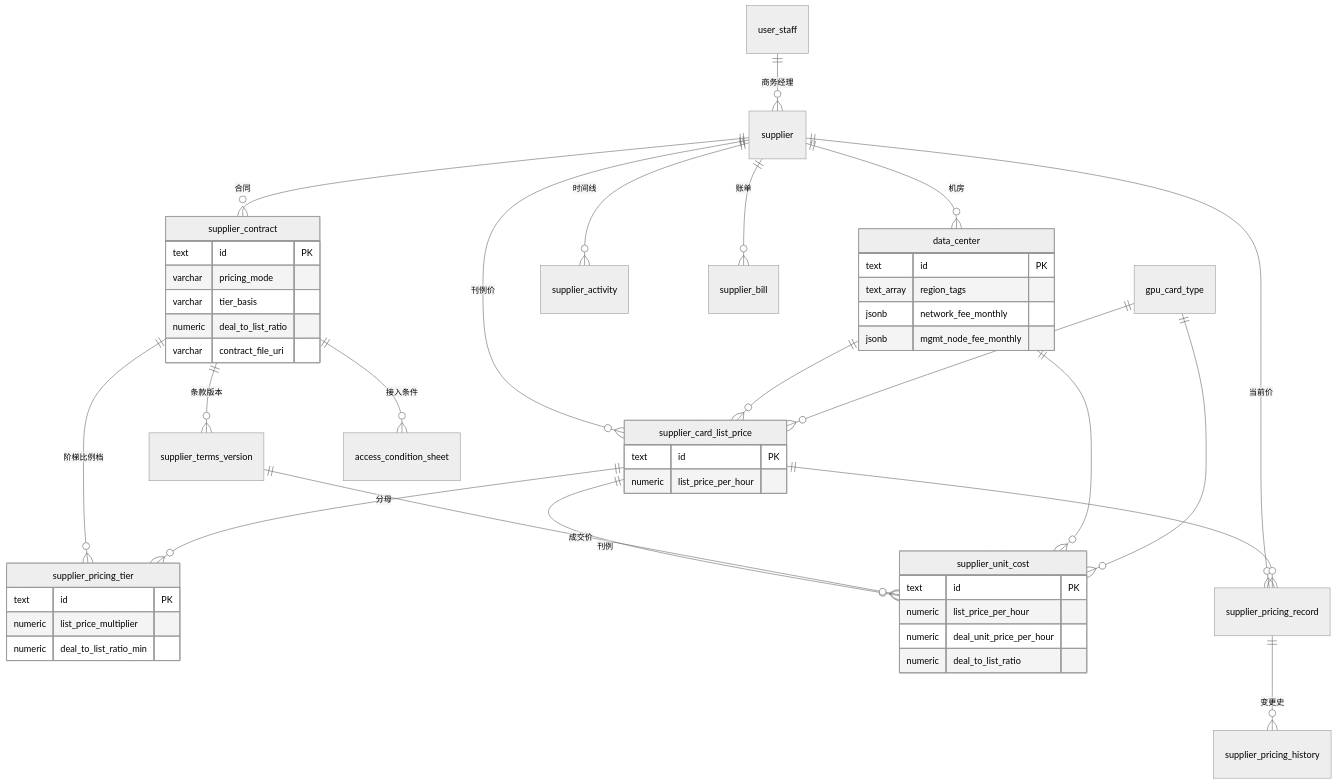
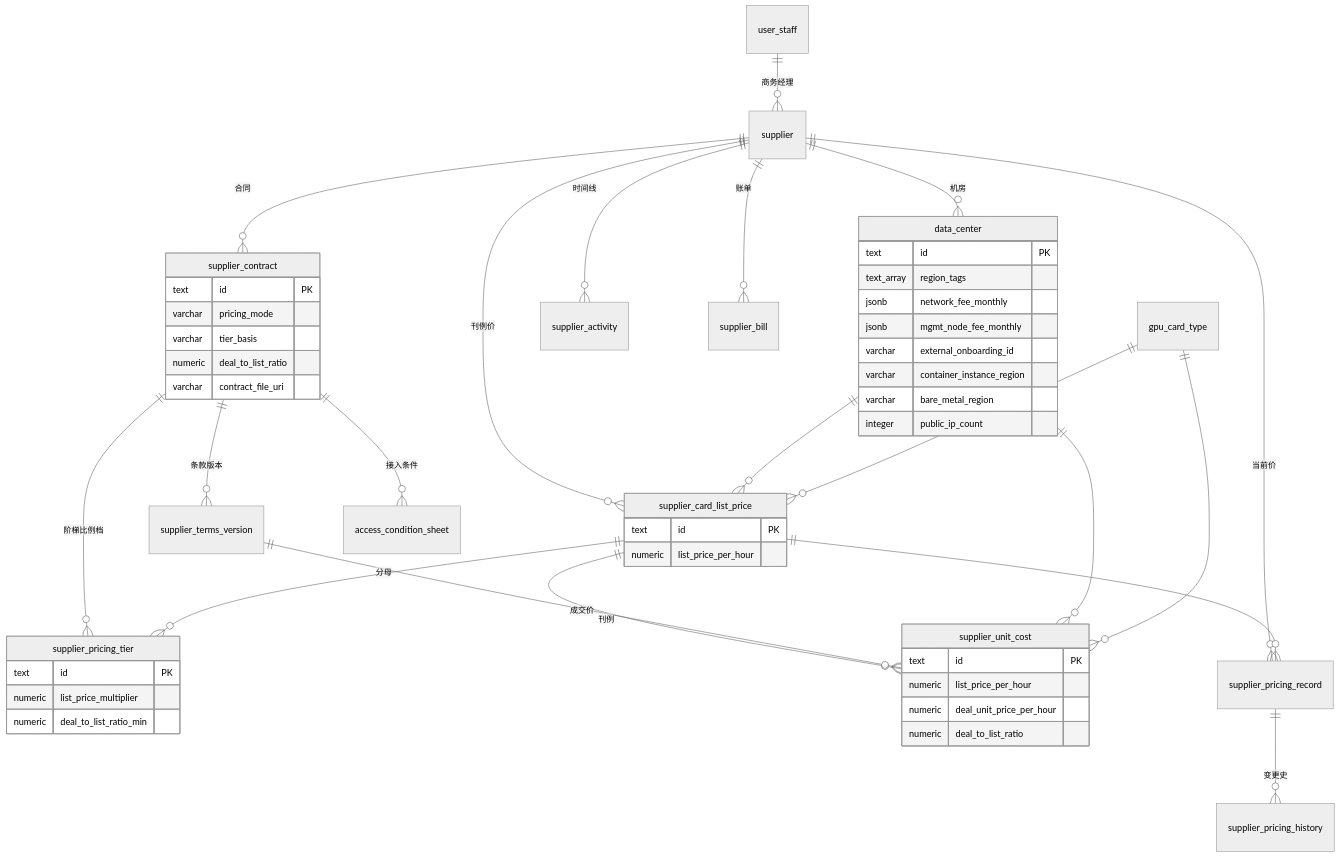
Before and after one commit to metacode0602/opencomfy-hub: the first of 3 diagrams in apps/web/content/design/supplier-database.md, drawn with Mermaid (neutral theme). The commit also changed other lines of this file and 17 other files, not shown here.

````diff
--- a/apps/web/content/design/supplier-database.md
+++ b/apps/web/content/design/supplier-database.md
@@ -1124,55 +1161,59 @@
 ```mermaid
 erDiagram
   supplier ||--o{ data_center : "机房"
   supplier ||--o{ supplier_contract : "合同"
   supplier ||--o{ supplier_activity : "时间线"
   supplier ||--o{ supplier_bill : "账单"
   supplier ||--o{ supplier_card_list_price : "刊例价"
   supplier_contract ||--o{ supplier_pricing_tier : "阶梯比例档"
   supplier_contract ||--o{ supplier_terms_version : "条款版本"
   supplier_contract ||--o{ access_condition_sheet : "接入条件"
   supplier_card_list_price ||--o{ supplier_pricing_tier : "分母"
   supplier_card_list_price ||--o{ supplier_unit_cost : "刊例"
   supplier_terms_version ||--o{ supplier_unit_cost : "成交价"
   data_center ||--o{ supplier_card_list_price : ""
   gpu_card_type ||--o{ supplier_card_list_price : ""
   data_center ||--o{ supplier_unit_cost : ""
   gpu_card_type ||--o{ supplier_unit_cost : ""
   supplier ||--o{ supplier_pricing_record : "当前价"
   supplier_card_list_price ||--o{ supplier_pricing_record : ""
   supplier_pricing_record ||--o{ supplier_pricing_history : "变更史"
   user_staff ||--o{ supplier : "商务经理"
 
   supplier_card_list_price {
     text id PK
     numeric list_price_per_hour
   }
 
   supplier_contract {
     text id PK
     varchar pricing_mode
     varchar tier_basis
     numeric deal_to_list_ratio
     varchar contract_file_uri
   }
 
   data_center {
     text id PK
     text_array region_tags
     jsonb network_fee_monthly
     jsonb mgmt_node_fee_monthly
+    varchar external_onboarding_id
+    varchar container_instance_region
+    varchar bare_metal_region
+    integer public_ip_count
   }
 
   supplier_pricing_tier {
     text id PK
     numeric list_price_multiplier
     numeric deal_to_list_ratio_min
   }
 
   supplier_unit_cost {
     text id PK
     numeric list_price_per_hour
     numeric deal_unit_price_per_hour
     numeric deal_to_list_ratio
   }
 ```
````
